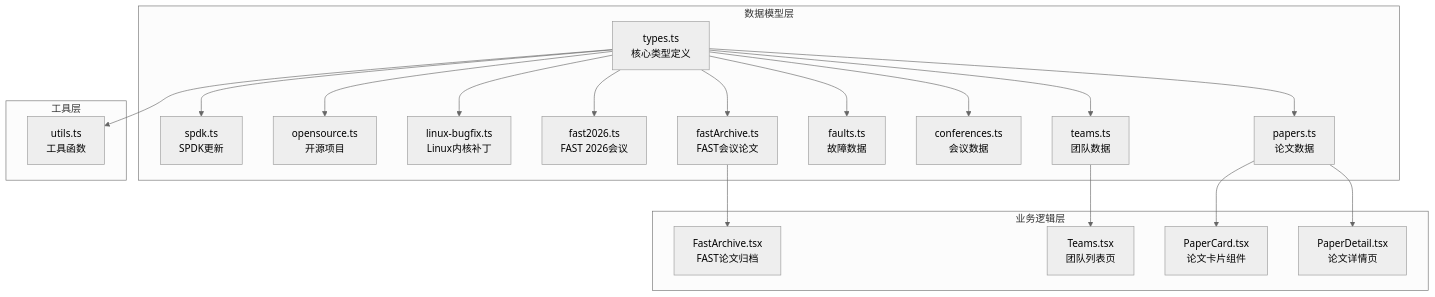
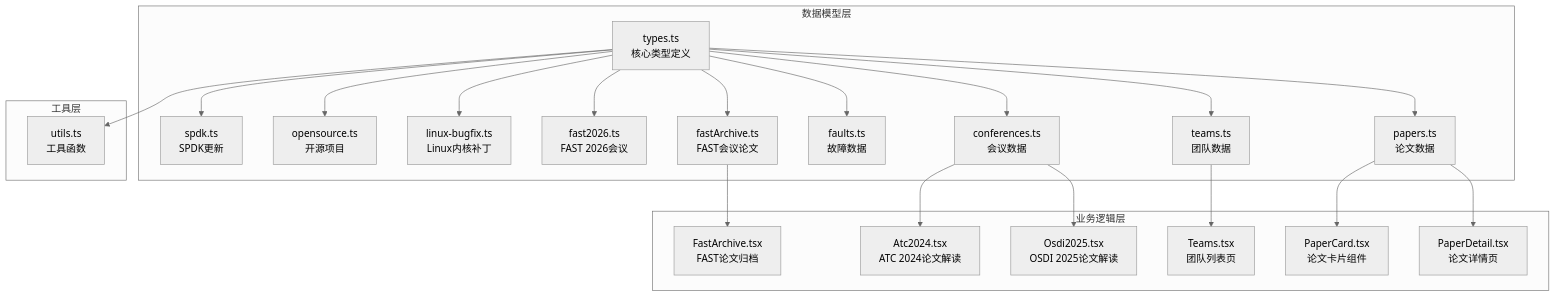
Before and after one commit to erikliu123/storage_ai_blog: the first of 18 diagrams in .qoder/repowiki/zh/content/数据模型/数据模型.md, drawn with Mermaid (neutral theme). The commit also changed other lines of this file and 80 other files, not shown here.

````diff
--- a/.qoder/repowiki/zh/content/数据模型/数据模型.md
+++ b/.qoder/repowiki/zh/content/数据模型/数据模型.md
@@ -53,38 +53,42 @@
 ```mermaid
 graph TB
 subgraph "数据模型层"
 A[types.ts<br/>核心类型定义]
 B[papers.ts<br/>论文数据]
 C[teams.ts<br/>团队数据]
 D[conferences.ts<br/>会议数据]
 E[faults.ts<br/>故障数据]
 F[fastArchive.ts<br/>FAST会议论文]
 G[fast2026.ts<br/>FAST 2026会议]
 H[linux-bugfix.ts<br/>Linux内核补丁]
 I[opensource.ts<br/>开源项目]
 J[spdk.ts<br/>SPDK更新]
 end
 subgraph "业务逻辑层"
 K[PaperDetail.tsx<br/>论文详情页]
 L[Teams.tsx<br/>团队列表页]
 M[PaperCard.tsx<br/>论文卡片组件]
 N[FastArchive.tsx<br/>FAST论文归档]
+O[Osdi2025.tsx<br/>OSDI 2025论文解读]
+P[Atc2024.tsx<br/>ATC 2024论文解读]
 end
 subgraph "工具层"
-O[utils.ts<br/>工具函数]
+Q[utils.ts<br/>工具函数]
 end
 A --> B
 A --> C
 A --> D
 A --> E
 A --> F
 A --> G
 A --> H
 A --> I
 A --> J
 B --> K
 C --> L
 B --> M
 F --> N
-A --> O
+D --> O
+D --> P
+A --> Q
 ```
````
